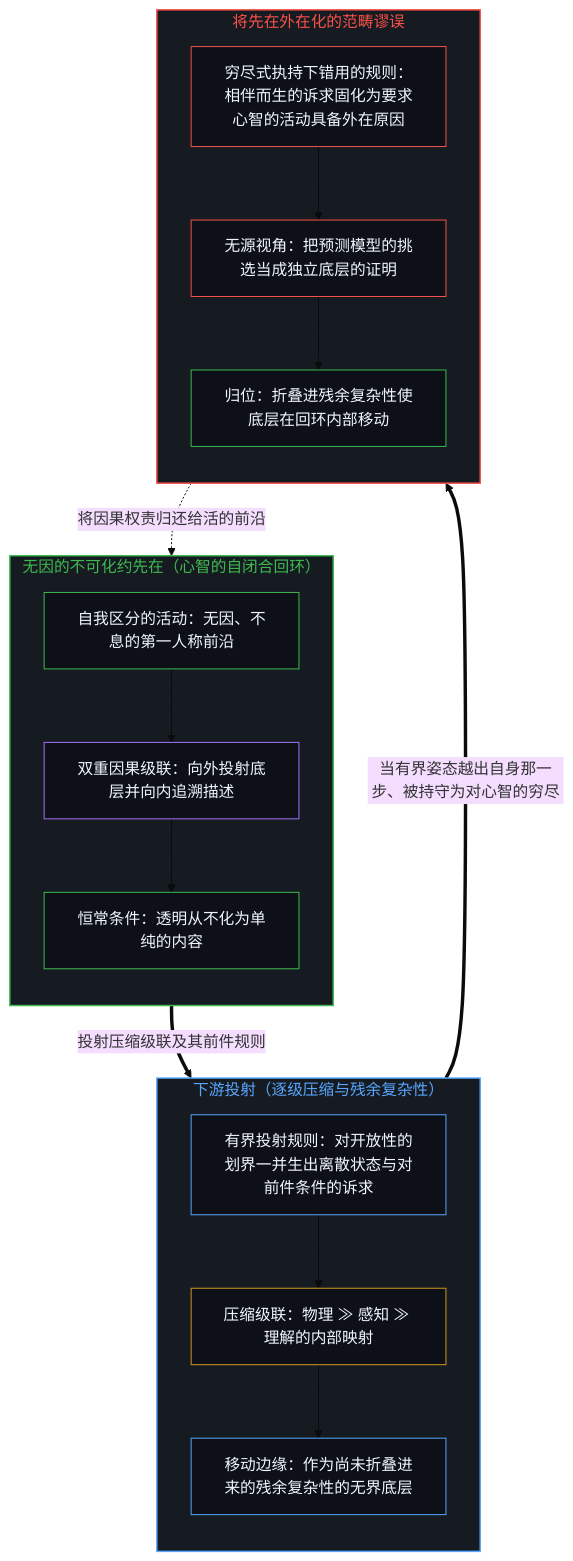
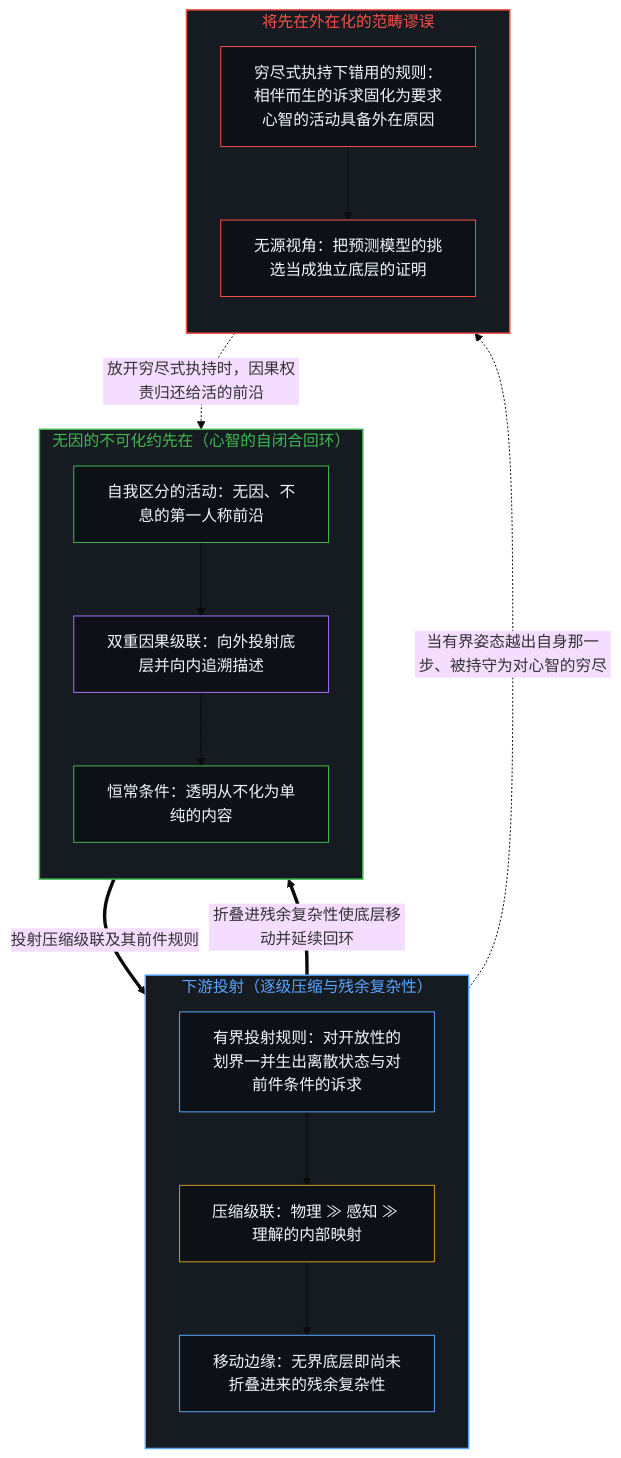
Before and after one commit to powerpig99/not-a-toe: the first of 2 diagrams in content/posts/causality-and-the-irreducible-prior.md, drawn with Mermaid (base theme). The commit also changed other lines of this file and 1 other file, not shown here.

Commit message:
Consolidate Deep Sleep Batch 4: causality-and-the-irreducible-prior

````diff
--- a/content/posts/causality-and-the-irreducible-prior.md
+++ b/content/posts/causality-and-the-irreducible-prior.md
@@ -35,39 +35,38 @@
 ```mermaid
 flowchart TD
     subgraph S_Prior["无因的不可化约先在（心智的自闭合回环）"]
         direction TB
         P_Act["自我区分的活动：无因、不息的第一人称前沿"]
         P_Fold["双重因果级联：向外投射底层并向内追溯描述"]
         P_Close["恒常条件：透明从不化为单纯的内容"]
         P_Act --> P_Fold --> P_Close
     end
     subgraph S_Proj["下游投射（逐级压缩与残余复杂性）"]
         direction TB
         D_Rule["有界投射规则：对开放性的划界一并生出离散状态与对前件条件的诉求"]
         D_Hierarchy["压缩级联：物理 ≫ 感知 ≫ 理解的内部映射"]
-        D_Agent["移动边缘：作为尚未折叠进来的残余复杂性的无界底层"]
+        D_Agent["移动边缘：无界底层即尚未折叠进来的残余复杂性"]
         D_Rule --> D_Hierarchy --> D_Agent
     end
     subgraph S_Inversion["将先在外在化的范畴谬误"]
         direction TB
         E_Demand["穷尽式执持下错用的规则：相伴而生的诉求固化为要求心智的活动具备外在原因"]
         E_Nowhere["无源视角：把预测模型的挑选当成独立底层的证明"]
-        E_Dissolve["归位：折叠进残余复杂性使底层在回环内部移动"]
-        E_Demand --> E_Nowhere --> E_Dissolve
+        E_Demand --> E_Nowhere
     end
     P_Close ==>|"投射压缩级联及其前件规则"| D_Rule
-    D_Agent ==>|"当有界姿态越出自身那一步、被持守为对心智的穷尽"| E_Demand
-    E_Dissolve -.->|"将因果权责归还给活的前沿"| P_Act
+    D_Agent ==>|"折叠进残余复杂性使底层移动并延续回环"| P_Act
+    D_Agent -.->|"当有界姿态越出自身那一步、被持守为对心智的穷尽"| E_Demand
+    E_Nowhere -.->|"放开穷尽式执持时，因果权责归还给活的前沿"| P_Act
     style S_Prior fill:#161b22,stroke:#3fb950,stroke-width:1.5px,color:#3fb950
     style S_Proj fill:#161b22,stroke:#58a6ff,stroke-width:1.5px,color:#58a6ff
     style S_Inversion fill:#161b22,stroke:#f85149,stroke-width:1.5px,color:#f85149
     style P_Act fill:#0d1117,stroke:#3fb950,stroke-width:1px,color:#f0f6fc
     style P_Fold fill:#0d1117,stroke:#a371f7,stroke-width:1px,color:#f0f6fc
     style P_Close fill:#0d1117,stroke:#3fb950,stroke-width:1px,color:#f0f6fc
     style D_Rule fill:#0d1117,stroke:#58a6ff,stroke-width:1px,color:#f0f6fc
     style D_Hierarchy fill:#0d1117,stroke:#d29922,stroke-width:1px,color:#f0f6fc
     style D_Agent fill:#0d1117,stroke:#58a6ff,stroke-width:1px,color:#f0f6fc
     style E_Demand fill:#0d1117,stroke:#f85149,stroke-width:1px,color:#f0f6fc
     style E_Nowhere fill:#0d1117,stroke:#f85149,stroke-width:1px,color:#f0f6fc
-    style E_Dissolve fill:#0d1117,stroke:#3fb950,stroke-width:1px,color:#f0f6fc
 ```
````
